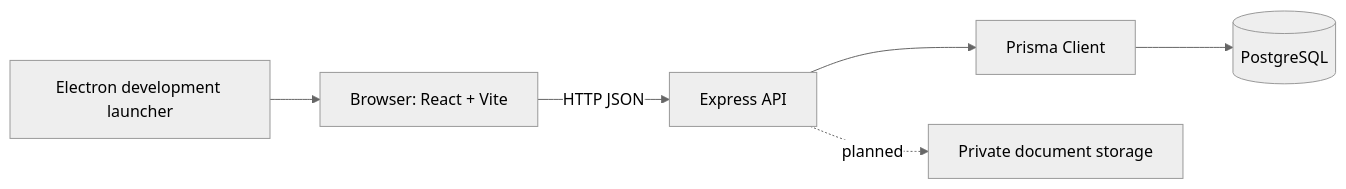
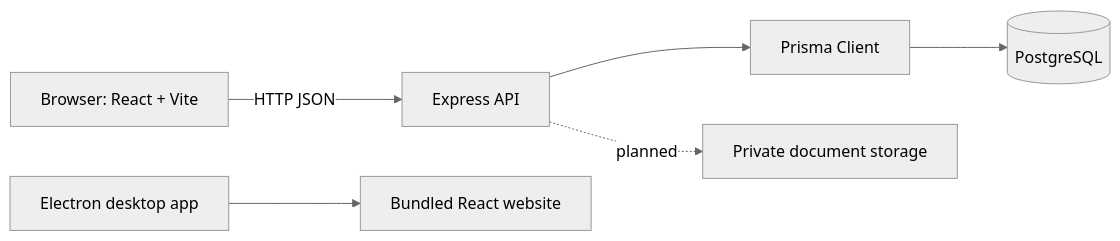
Before and after one commit to Prakhar-Jaiswal17/AYUSH-Startup-Registration-Portal: the diagram in docs/architecture.md, drawn with Mermaid (neutral theme). The commit also changed other lines of this file and 21 other files, not shown here.

````diff
--- a/docs/architecture.md
+++ b/docs/architecture.md
@@ -7,8 +7,8 @@
 ```mermaid
 flowchart LR
   Browser[Browser: React + Vite] -->|HTTP JSON| API[Express API]
-  Electron[Electron development launcher] --> Browser
+  Electron[Electron desktop app] --> Website[Bundled React website]
   API --> Prisma[Prisma Client]
   Prisma --> DB[(PostgreSQL)]
   API -. planned .-> Files[Private document storage]
 ```
````
